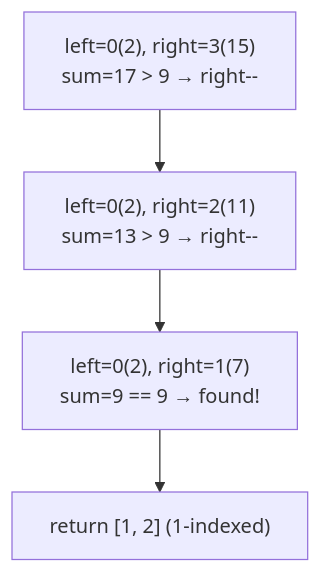
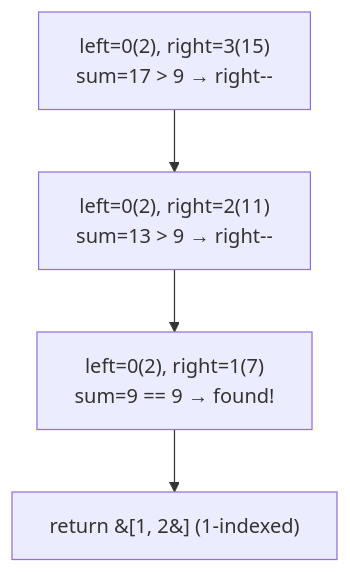
One commit to Aryan-Jadon18/dsa-placement-prep changed the diagram in topics/02-two-pointers/02-two-sum-ii-input-array-is-sorted/README.md. Above: the diagram before and after it, drawn with Mermaid. The commit also changed 52 other files, not shown here.

First line of the commit message:
Fix Mermaid diagrams not rendering on GitHub

````diff
--- a/topics/02-two-pointers/02-two-sum-ii-input-array-is-sorted/README.md
+++ b/topics/02-two-pointers/02-two-sum-ii-input-array-is-sorted/README.md
@@ -42,6 +42,6 @@
 ```mermaid
 flowchart TD
     A["left=0(2), right=3(15)<br/>sum=17 > 9 → right--"] --> B["left=0(2), right=2(11)<br/>sum=13 > 9 → right--"]
     B --> C["left=0(2), right=1(7)<br/>sum=9 == 9 → found!"]
-    C --> D["return [1, 2] (1-indexed)"]
+    C --> D["return &#91;1, 2&#93; (1-indexed)"]
 ```
````
